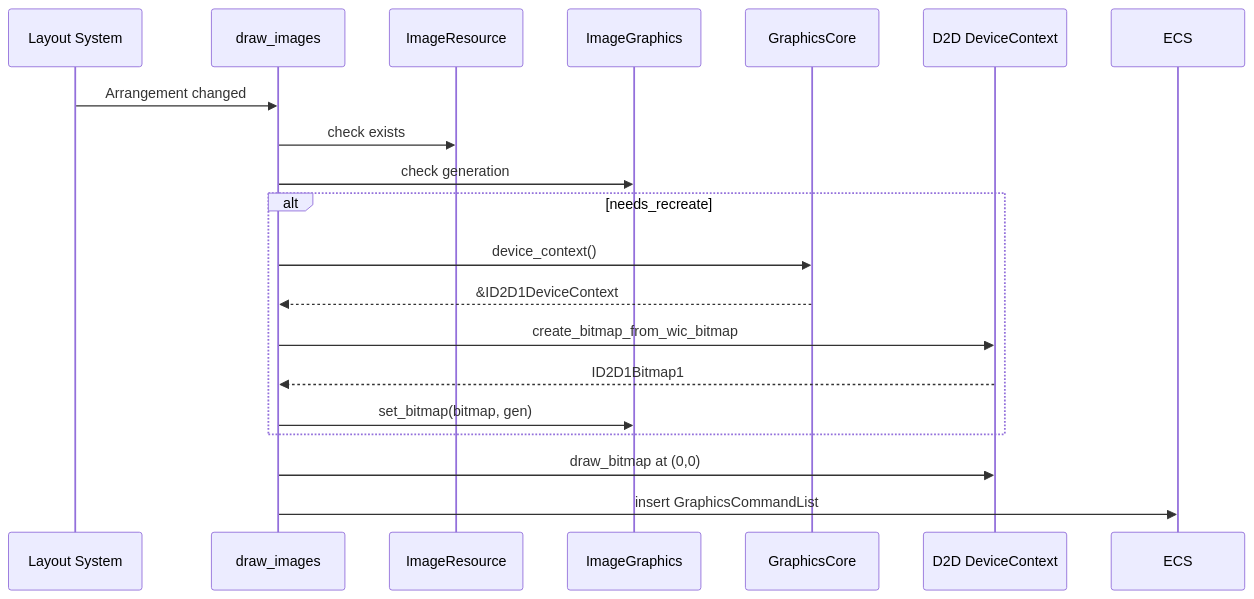
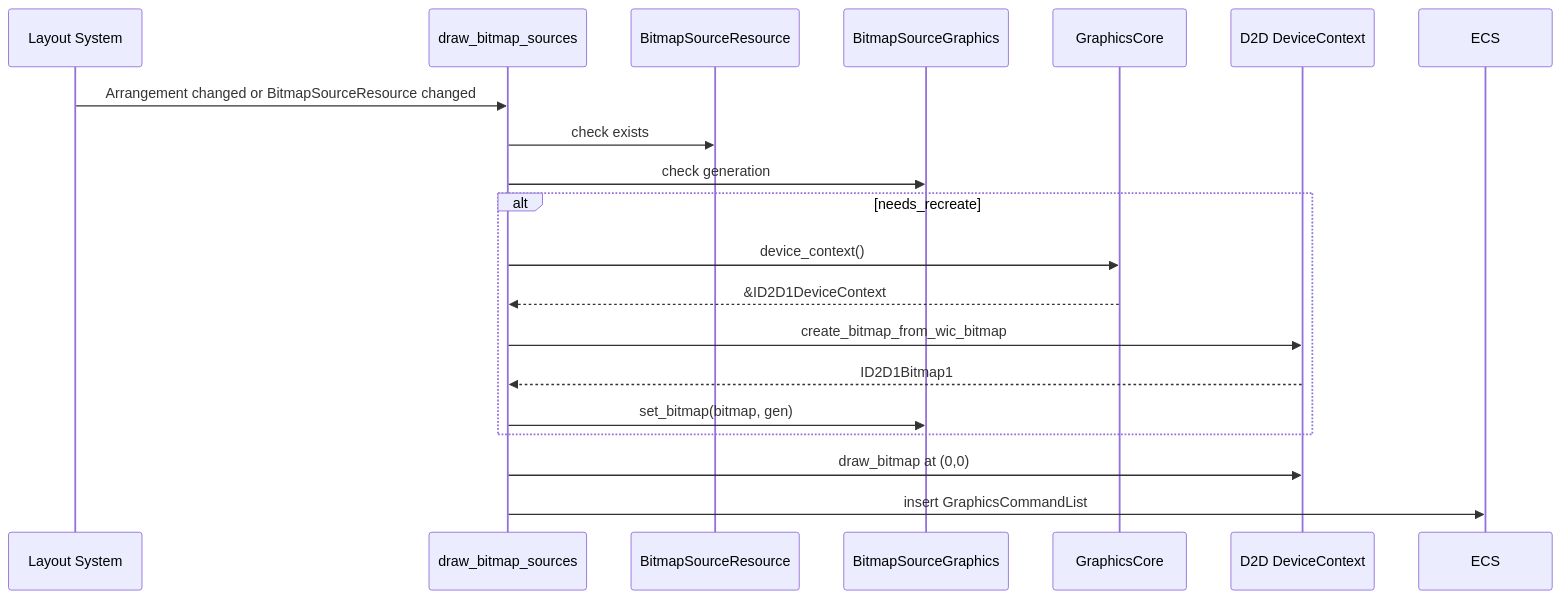
The fourth of 6 diagrams in .kiro/specs/wintf-P0-image-widget/design.md (ekicyou/dcomp_sample-rs), drawn with Mermaid before and after one commit. The commit also changed other lines of this file and 1 other file, not shown here.

First line of the commit message:
docs(spec): Image → BitmapSource にリネーム、on_add で BitmapSourceGraphics 生成

````diff
--- a/.kiro/specs/wintf-P0-image-widget/design.md
+++ b/.kiro/specs/wintf-P0-image-widget/design.md
@@ -161,22 +163,22 @@
 ```mermaid
 sequenceDiagram
     participant Layout as Layout System
-    participant Draw as draw_images
-    participant IR as ImageResource
-    participant IG as ImageGraphics
+    participant Draw as draw_bitmap_sources
+    participant BSR as BitmapSourceResource
+    participant BSG as BitmapSourceGraphics
     participant GC as GraphicsCore
     participant D2D as D2D DeviceContext
     
-    Layout->>Draw: Arrangement changed
-    Draw->>IR: check exists
-    Draw->>IG: check generation
+    Layout->>Draw: Arrangement changed or BitmapSourceResource changed
+    Draw->>BSR: check exists
+    Draw->>BSG: check generation
     alt needs_recreate
         Draw->>GC: device_context()
         GC-->>Draw: &ID2D1DeviceContext
         Draw->>D2D: create_bitmap_from_wic_bitmap
         D2D-->>Draw: ID2D1Bitmap1
-        Draw->>IG: set_bitmap(bitmap, gen)
+        Draw->>BSG: set_bitmap(bitmap, gen)
     end
     Draw->>D2D: draw_bitmap at (0,0)
     Draw->>ECS: insert GraphicsCommandList
 ```
````
